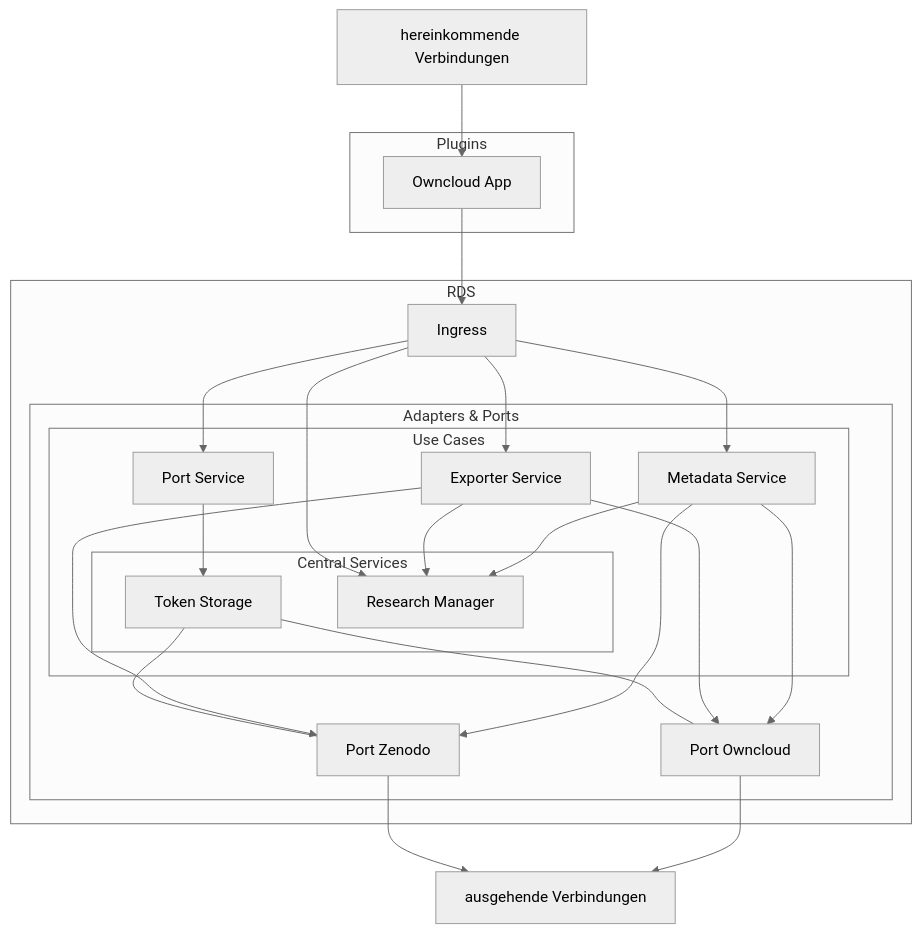
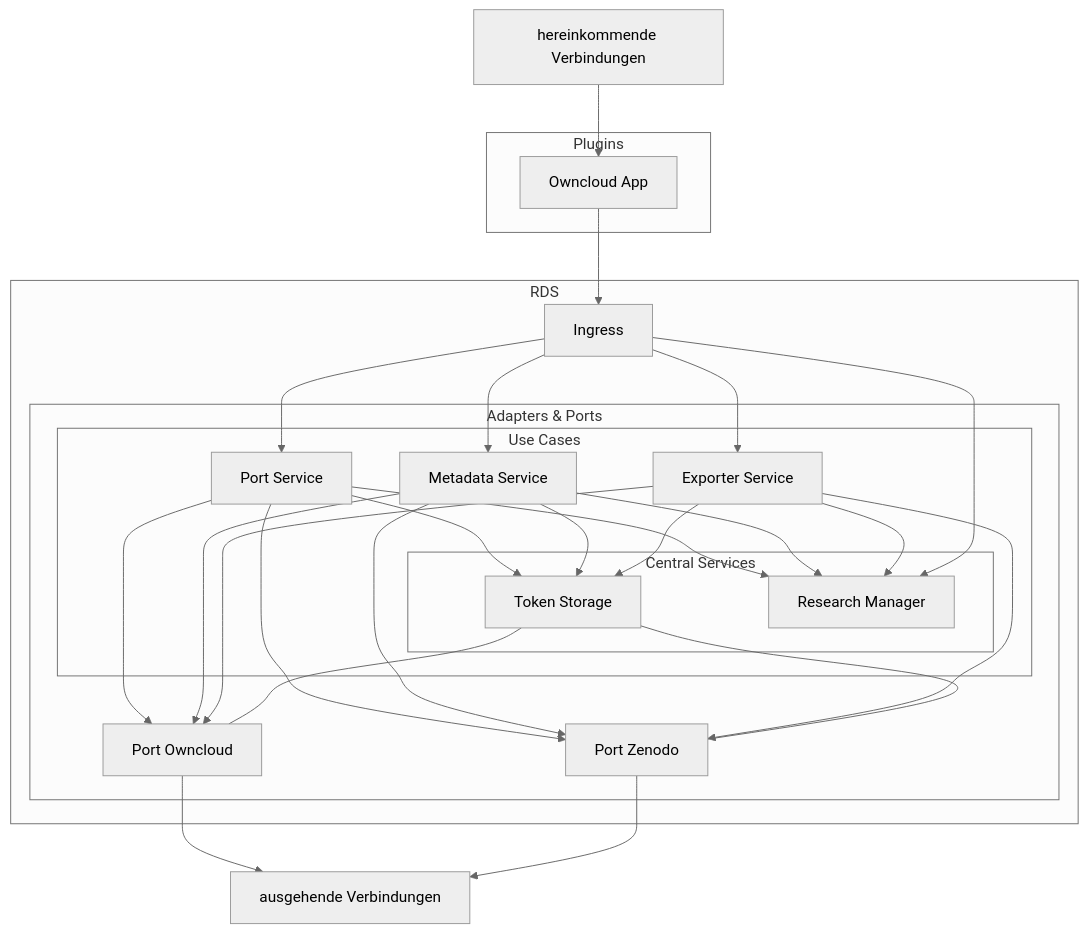
One commit to Sciebo-RDS/Sciebo-RDS changed the diagram in docs/content/doc/impl/infrastructure/ecosystem.de.md. Above: the diagram before and after it, drawn with Mermaid (neutral theme). The commit also changed 1 other file, not shown here.

Commit message:
updates ecosystem

````diff
--- a/docs/content/doc/impl/infrastructure/ecosystem.de.md
+++ b/docs/content/doc/impl/infrastructure/ecosystem.de.md
@@ -18,68 +18,65 @@
 ```mermaid
 graph TD;
   %% define nodes
   
   subgraph Plugins
       OP[Owncloud App]
   end
 
   subgraph RDS
     Ingress
 
     subgraph Adapters & Ports
       %% SPAEx[SPA Exporter]
       %% SPATS[SPA Token Storage]
 
       PInvenio[Port Zenodo]
       POwncloud[Port Owncloud]
 
       subgraph Use Cases
         UCExporter[Exporter Service]
         UCPort[Port Service]
         UCMetadata[Metadata Service]
         %% UCProject[Project Service]
 
         subgraph Central Services
           CSToken[Token Storage]
           CSProject[Research Manager]
         end
       end
     end
   end
 
   WWWI[hereinkommende Verbindungen]
   WWWO[ausgehende Verbindungen]
 
   click OP "/de/doc/impl/plugins/owncloud/"
 
   click PInvenio "/de/doc/impl/ports/port-invenio"
   click POwncloud "/de/doc/impl/ports/port-storage"
 
   click UCPort "/de/doc/impl/use-cases/port-service"
   click UCExporter "/de/doc/impl/use-cases/exporter"
   click UCMetadata "/de/doc/impl/use-cases/metadata"
 
   click CSProject "/de/doc/impl/central/research-manager"
   click CSToken ""/de/doc/impl/central/token-storage""
 
   %% define connections
   WWWI --> OP
   OP --> Ingress
 
   %% Ingress --> SPAEx --> UCExporter
   %% Ingress --> SPATS --> CSToken
   %% Ingress -->|Nur für die Registration von neuen Tokens| ARegister
   Ingress --> CSProject & UCExporter & UCMetadata & UCPort
 
   %% UCExporter --> UCProject
   %% UCProject --> CSProject
-  UCPort --> CSToken
 
   CSToken --- PInvenio & POwncloud
-  UCExporter & UCMetadata --> PInvenio & POwncloud & CSProject
-
-  %% PInvenio --> POwncloud
+  UCExporter & UCMetadata & UCPort --> PInvenio & POwncloud & CSProject & CSToken
 
   PInvenio --> WWWO
   POwncloud --> WWWO
 ```
````
